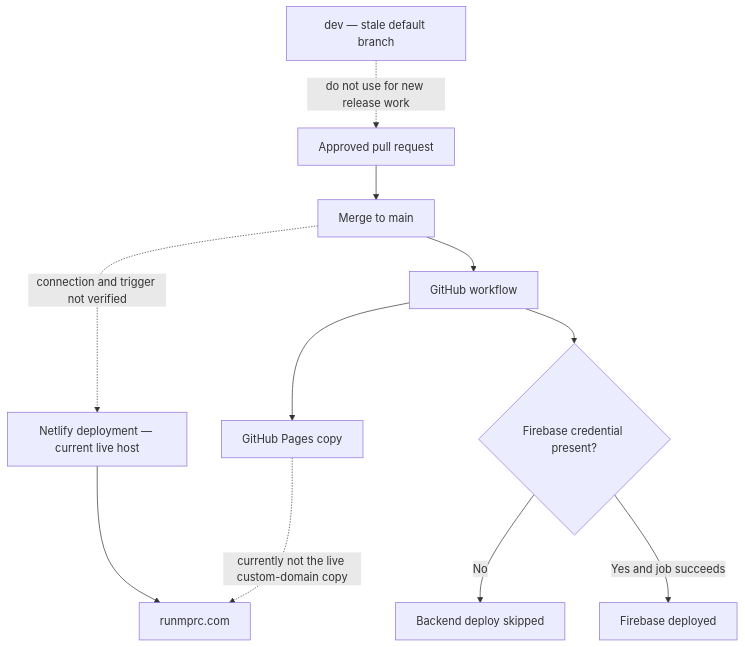
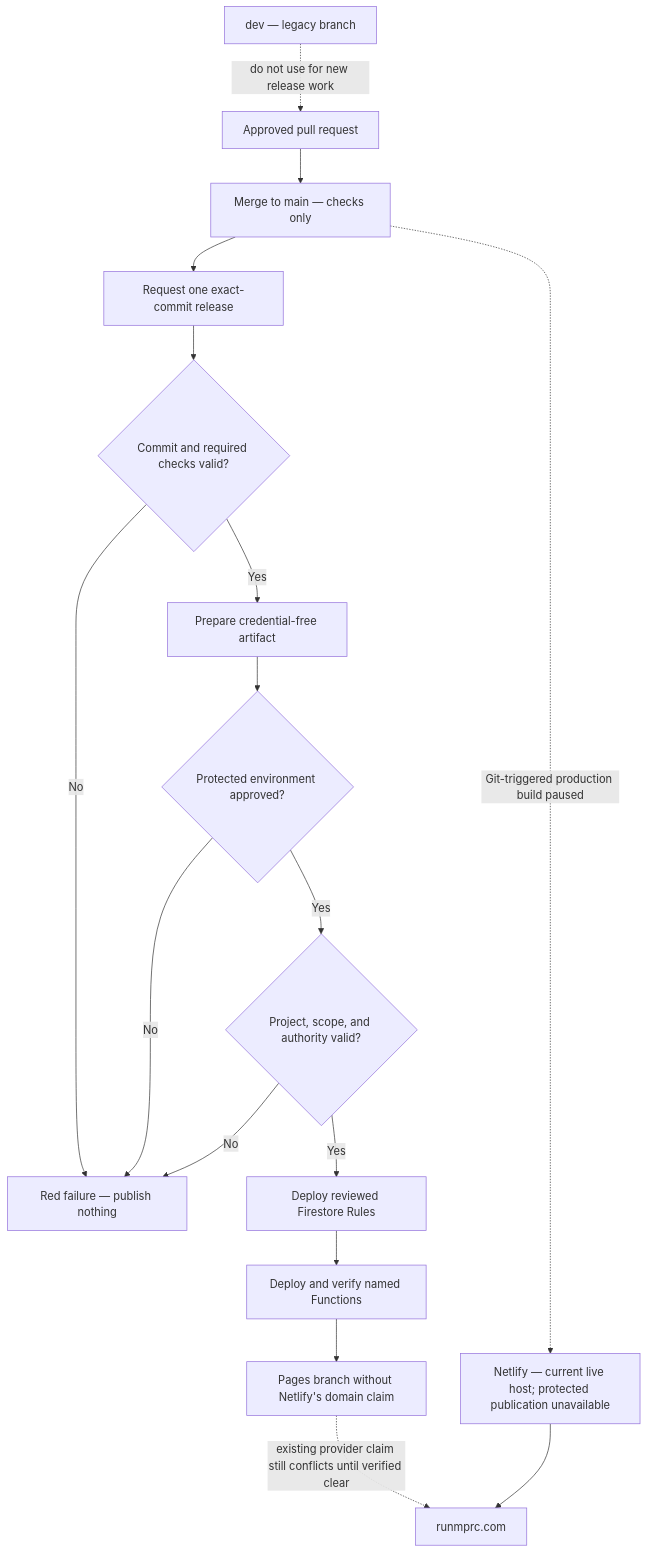
Before and after one commit to Run-MPRC/Run-MPRC.github.io: the third of 5 diagrams in docs/officers/SYSTEM_MAPS.md, drawn with Mermaid. The commit also changed other lines of this file and 25 other files, not shown here.

````diff
--- a/docs/officers/SYSTEM_MAPS.md
+++ b/docs/officers/SYSTEM_MAPS.md
@@ -46,13 +46,19 @@
 ```mermaid
 flowchart TD
-    PR["Approved pull request"] --> Main["Merge to main"]
-    Main --> Workflow["GitHub workflow"]
-    Workflow --> Pages["GitHub Pages copy"]
-    Workflow --> Firebase{"Firebase credential present?"}
-    Firebase -- "No" --> Skip["Backend deploy skipped"]
-    Firebase -- "Yes and job succeeds" --> Backend["Firebase deployed"]
-    Main -. "connection and trigger not verified" .-> Netlify
-    Netlify["Netlify deployment — current live host"] --> Live["runmprc.com"]
-    Pages -. "currently not the live custom-domain copy" .-> Live
-    Dev["dev — stale default branch"] -. "do not use for new release work" .-> PR
+    PR["Approved pull request"] --> Main["Merge to main — checks only"]
+    Main --> Request["Request one exact-commit release"]
+    Request --> Preflight{"Commit and required checks valid?"}
+    Preflight -- "No" --> Stop["Red failure — publish nothing"]
+    Preflight -- "Yes" --> Prepare["Prepare credential-free artifact"]
+    Prepare --> Approval{"Protected environment approved?"}
+    Approval -- "No" --> Stop
+    Approval -- "Yes" --> Gate{"Project, scope, and authority valid?"}
+    Gate -- "No" --> Stop
+    Gate -- "Yes" --> Rules["Deploy reviewed Firestore Rules"]
+    Rules --> Functions["Deploy and verify named Functions"]
+    Functions --> Pages["Pages branch without Netlify's domain claim"]
+    Main -. "Git-triggered production build paused" .-> Netlify
+    Netlify["Netlify — current live host; protected publication unavailable"] --> Live["runmprc.com"]
+    Pages -. "existing provider claim still conflicts until verified clear" .-> Live
+    Dev["dev — legacy branch"] -. "do not use for new release work" .-> PR
 ```
````
